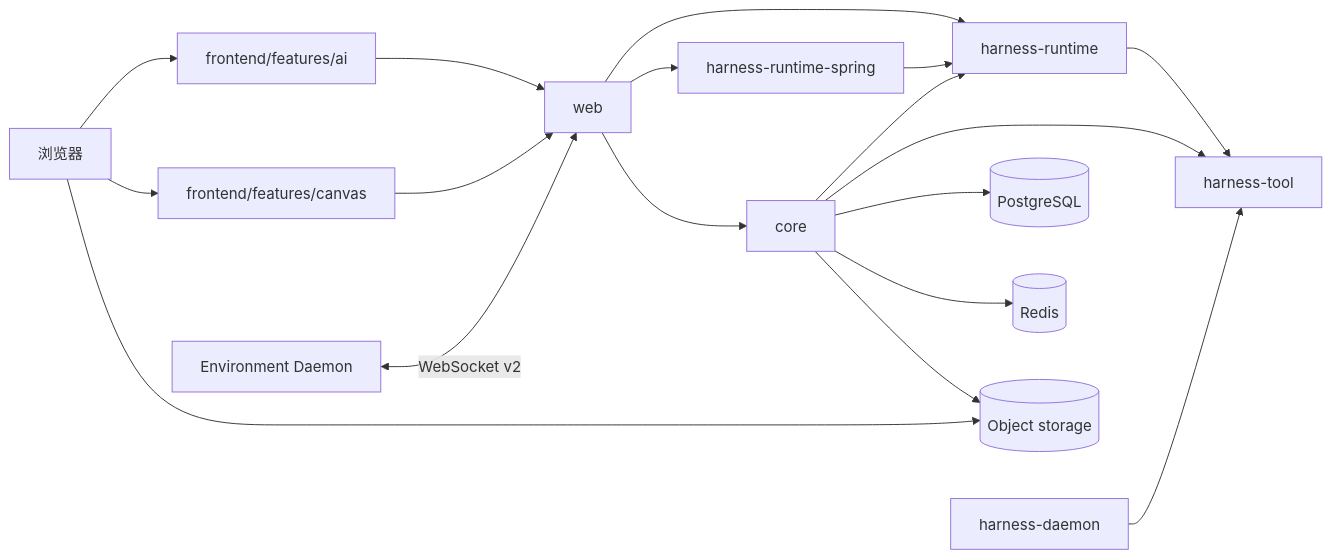
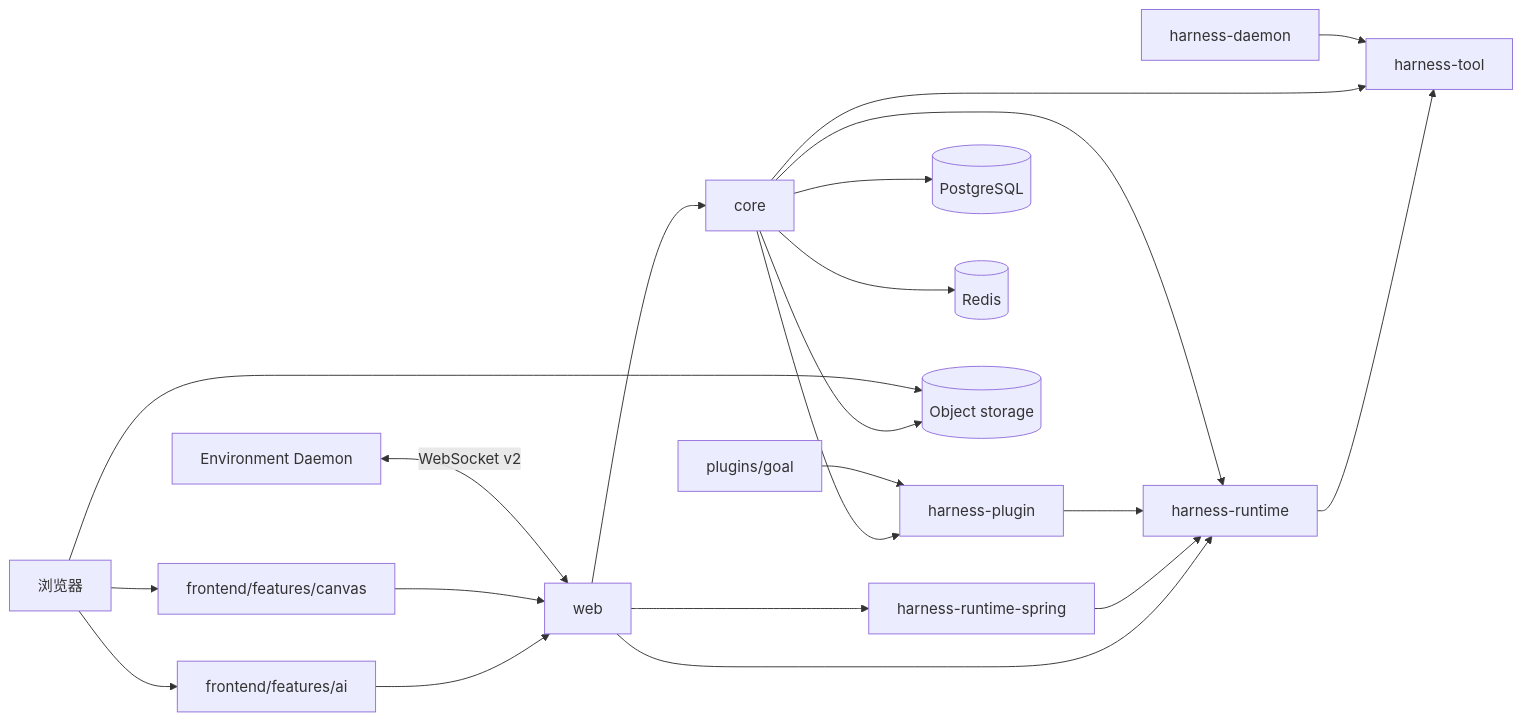
One commit to fengwk/kk-studio changed the diagram in docs/technical-solution/architecture.md. Above: the diagram before and after it, drawn with Mermaid. The commit also changed other lines of this file and 118 other files, not shown here.

Commit message:
refactor: migrate goal to plugin branch state

````diff
--- a/docs/technical-solution/architecture.md
+++ b/docs/technical-solution/architecture.md
@@ -14,34 +14,39 @@
 ```mermaid
 flowchart LR
     Browser[浏览器]
     AI[frontend/features/ai]
     Canvas[frontend/features/canvas]
     Web[web]
     Core[core]
     Runtime[harness-runtime]
+    Plugin[harness-plugin]
+    Goal[plugins/goal]
     RuntimeSpring[harness-runtime-spring]
     Tool[harness-tool]
     Daemon[harness-daemon]
     PG[(PostgreSQL)]
     Redis[(Redis)]
     S3[(Object storage)]
     Env[Environment Daemon]
 
     Browser --> AI
     Browser --> Canvas
     AI --> Web
     Canvas --> Web
     Web --> Core
     Web --> RuntimeSpring
     Web --> Runtime
     RuntimeSpring --> Runtime
+    Core --> Plugin
+    Goal --> Plugin
+    Plugin --> Runtime
     Runtime --> Tool
     Core --> Runtime
     Core --> Tool
     Daemon --> Tool
     Core --> PG
     Core --> Redis
     Core --> S3
     Browser --> S3
     Env <-->|WebSocket v2| Web
 ```
````
